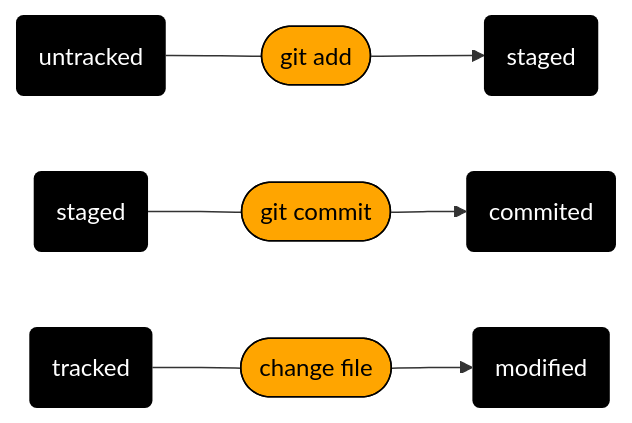
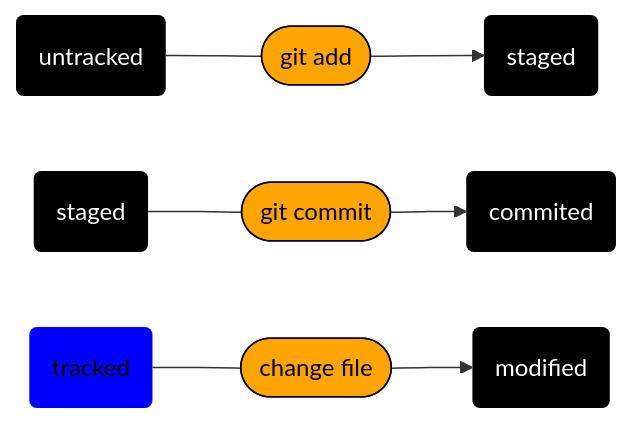
The second of 3 diagrams in README.md (Botalchik/Second-project), drawn with Mermaid before and after one commit.

Commit message:
Создать гайд по Git: добавлены разделы Статусы в Git, подсказки; фикс формата

````diff
--- a/README.md
+++ b/README.md
@@ -69,9 +69,9 @@
 ```mermaid
 flowchart LR
 classDef class1 fill:#000000,stroke:#000000,stroke-width:0px,color:#fff
 classDef class2 fill:#ffa500,stroke:#000000,stroke-width:1px,color:#000000
 classDef class3 fill:#0000ff,stroke:#000000,stroke-width:0px,color:#000000
 A(untracked):::class1---B([git add]):::class2-->C(staged):::class1
 D(staged):::class1---E([git commit]):::class2-->F(commited):::class1
-G(tracked):::class1---H([change file]):::class2-->I(modified):::class1
+G(tracked):::class3---H([change file]):::class2-->I(modified):::class1
 ```
````
